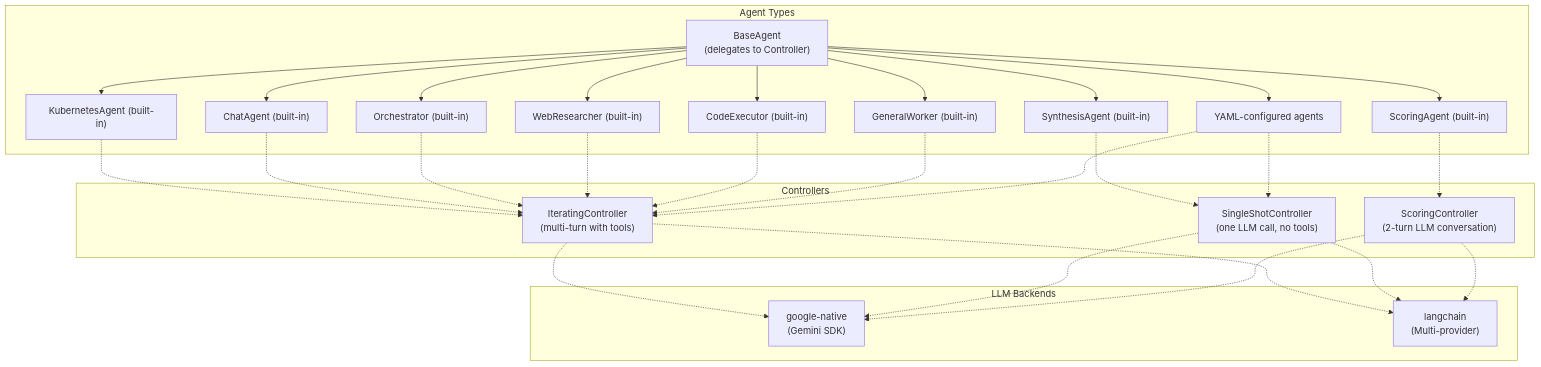
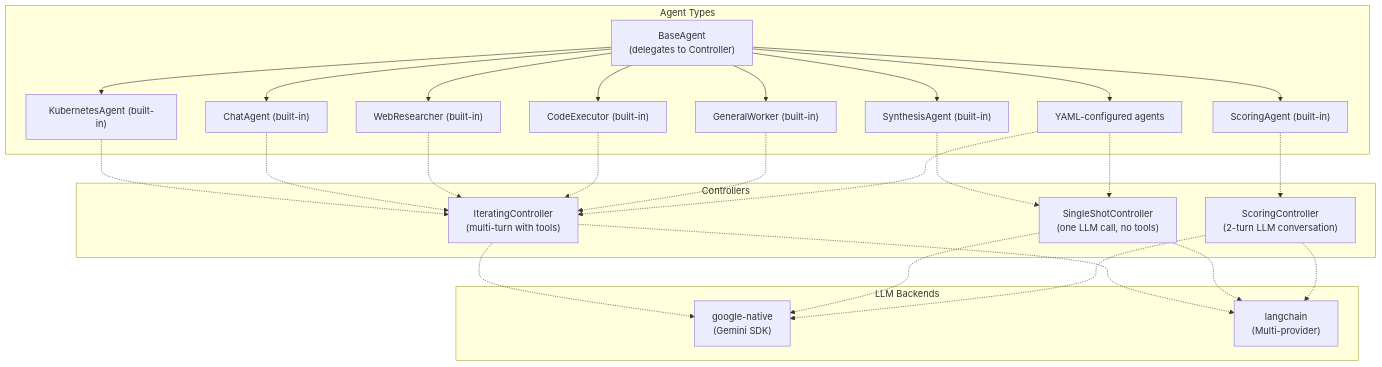
One commit to codeready-toolchain/tarsy changed the fourth of 10 diagrams in docs/functional-areas-design.md. Above: the diagram before and after it, drawn with Mermaid. The commit also changed other lines of this file and 8 other files, not shown here.

````diff
--- a/docs/functional-areas-design.md
+++ b/docs/functional-areas-design.md
@@ -378,54 +378,51 @@
 ```mermaid
 graph TB
     subgraph agentTypes [Agent Types]
         BA["BaseAgent<br/>(delegates to Controller)"]
         KA["KubernetesAgent (built-in)"]
         SA["SynthesisAgent (built-in)"]
         CA["ChatAgent (built-in)"]
-        OA["Orchestrator (built-in)"]
         WR["WebResearcher (built-in)"]
         CE["CodeExecutor (built-in)"]
         GW["GeneralWorker (built-in)"]
         ScA["ScoringAgent (built-in)"]
         YA["YAML-configured agents"]
     end
 
     subgraph controllers [Controllers]
         FC["IteratingController<br/>(multi-turn with tools)"]
         SC["SingleShotController<br/>(one LLM call, no tools)"]
         SCC["ScoringController<br/>(2-turn LLM conversation)"]
     end
 
     subgraph backends [LLM Backends]
         GN["google-native<br/>(Gemini SDK)"]
         LC["langchain<br/>(Multi-provider)"]
     end
 
     BA --> KA
     BA --> SA
     BA --> CA
-    BA --> OA
     BA --> WR
     BA --> CE
     BA --> GW
     BA --> ScA
     BA --> YA
 
     KA -.-> FC
     CA -.-> FC
-    OA -.-> FC
     WR -.-> FC
     CE -.-> FC
     GW -.-> FC
     SA -.-> SC
     ScA -.-> SCC
     YA -.-> FC
     YA -.-> SC
 
     FC -.-> GN
     FC -.-> LC
     SC -.-> GN
     SC -.-> LC
     SCC -.-> GN
     SCC -.-> LC
 ```
````
